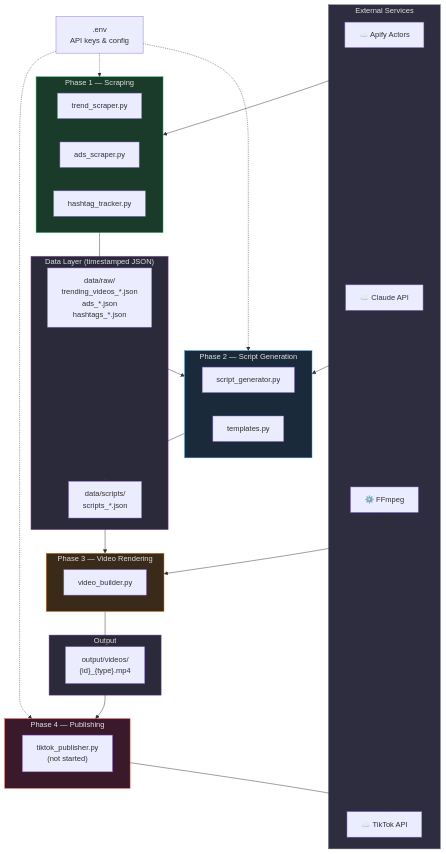
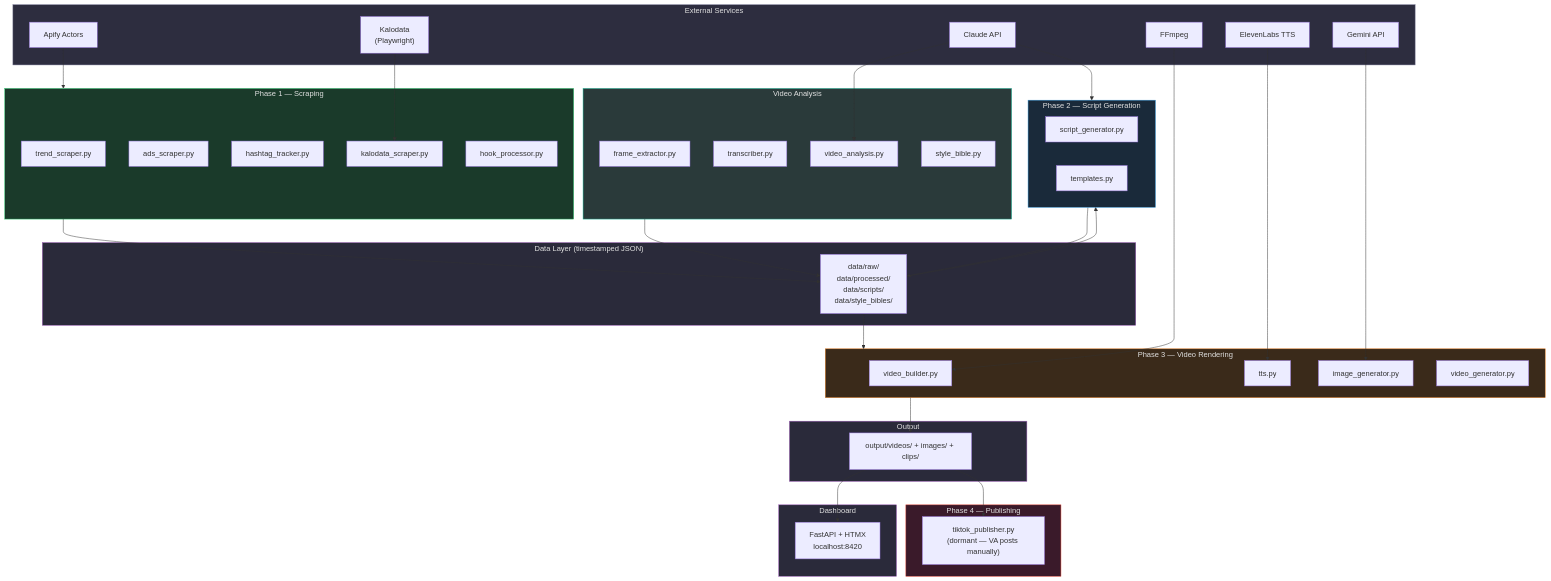
Before and after one commit to Heybigs3/Tiktok-shop-factory-: the second of 6 diagrams in docs/ARCHITECTURE.md, drawn with Mermaid. The commit also changed other lines of this file and 92 other files, not shown here.

````diff
--- a/docs/ARCHITECTURE.md
+++ b/docs/ARCHITECTURE.md
@@ -11,60 +575,80 @@
 ```mermaid
 flowchart TD
     subgraph ext["External Services"]
-        Apify["☁️ Apify Actors"]
-        Claude["☁️ Claude API"]
-        FFmpeg["⚙️ FFmpeg"]
-        TikTok["☁️ TikTok API"]
+        Apify["Apify Actors"]
+        Kalodata["Kalodata\n(Playwright)"]
+        Claude["Claude API"]
+        FFmpeg["FFmpeg"]
+        ElevenLabs["ElevenLabs TTS"]
+        Gemini["Gemini API"]
     end
 
     subgraph phase1["Phase 1 — Scraping"]
         S1[trend_scraper.py]
         S2[ads_scraper.py]
         S3[hashtag_tracker.py]
+        S4[kalodata_scraper.py]
+        S5[hook_processor.py]
     end
 
     subgraph phase2["Phase 2 — Script Generation"]
         G1[script_generator.py]
         G2[templates.py]
     end
 
     subgraph phase3["Phase 3 — Video Rendering"]
         R1[video_builder.py]
+        R2[tts.py]
+        R3[image_generator.py]
+        R4[video_generator.py]
+    end
+
+    subgraph analysis["Video Analysis"]
+        A1[frame_extractor.py]
+        A2[transcriber.py]
+        A3[video_analysis.py]
+        A4[style_bible.py]
     end
 
     subgraph phase4["Phase 4 — Publishing"]
-        P1["tiktok_publisher.py<br/>(not started)"]
+        P1["tiktok_publisher.py\n(dormant — VA posts manually)"]
+    end
+
+    subgraph dash["Dashboard"]
+        D1["FastAPI + HTMX\nlocalhost:8420"]
     end
 
     subgraph data["Data Layer (timestamped JSON)"]
-        D1["data/raw/<br/>trending_videos_*.json<br/>ads_*.json<br/>hashtags_*.json"]
-        D2["data/scripts/<br/>scripts_*.json"]
+        D2["data/raw/\ndata/processed/\ndata/scripts/\ndata/style_bibles/"]
     end
 
     subgraph output["Output"]
-        V["output/videos/<br/>{id}_{type}.mp4"]
+        V["output/videos/ + images/ + clips/"]
     end
 
-    ENV[".env<br/>API keys & config"] -.-> phase1
-    ENV -.-> phase2
-    ENV -.-> phase4
-
     Apify --> phase1
-    phase1 --> D1
-    D1 --> phase2
+    Kalodata --> S4
+    phase1 --> D2
+    D2 --> phase2
     Claude --> phase2
+    Claude --> A3
     phase2 --> D2
     D2 --> phase3
-    FFmpeg --> phase3
+    FFmpeg --> R1
+    ElevenLabs --> R2
+    Gemini --> R3
     phase3 --> V
-    V --> phase4
-    phase4 --> TikTok
+    V --> D1
+    V --> P1
+    analysis --> D2
 
     style ext fill:#2d2d3f,stroke:#6c6c8a,color:#e0e0e0
     style phase1 fill:#1a3a2a,stroke:#2ecc71,color:#e0e0e0
     style phase2 fill:#1a2a3a,stroke:#3498db,color:#e0e0e0
     style phase3 fill:#3a2a1a,stroke:#e67e22,color:#e0e0e0
     style phase4 fill:#3a1a2a,stroke:#e74c3c,color:#e0e0e0
+    style analysis fill:#2a3a3a,stroke:#1abc9c,color:#e0e0e0
+    style dash fill:#2a2a3a,stroke:#9b59b6,color:#e0e0e0
     style data fill:#2a2a3a,stroke:#9b59b6,color:#e0e0e0
     style output fill:#2a2a3a,stroke:#9b59b6,color:#e0e0e0
 ```
````
